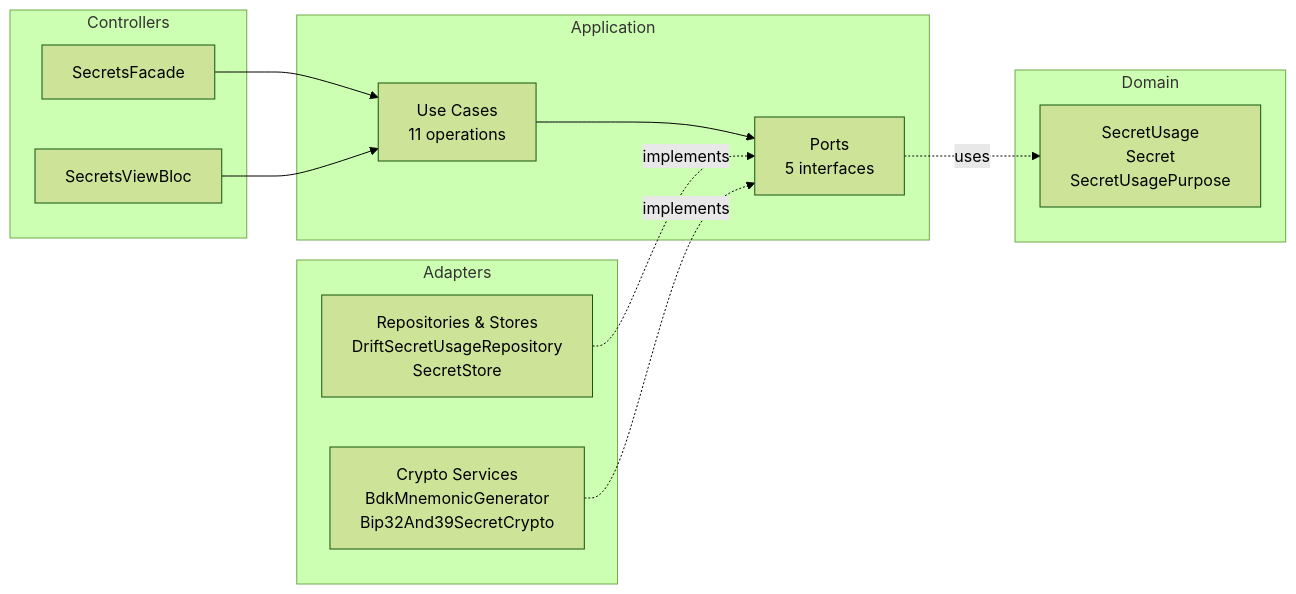
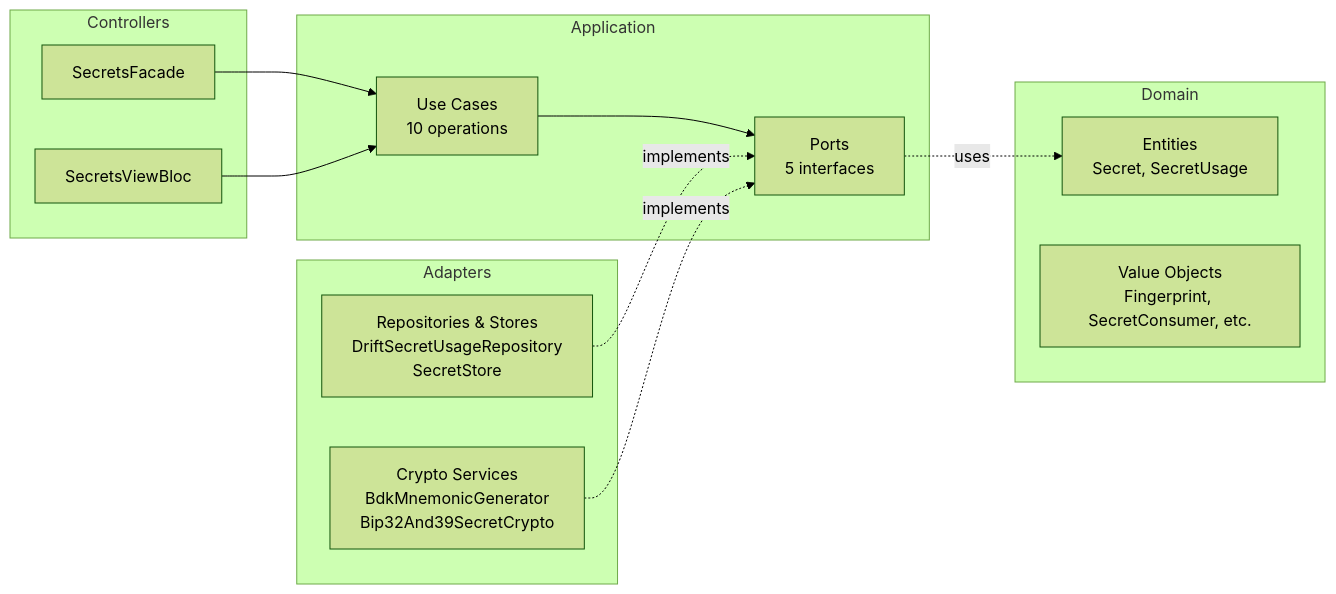
The second of 17 diagrams in lib/features/secrets/secrets_architecture.md (SatoshiPortal/bullbitcoin-mobile), drawn with Mermaid (forest theme) before and after one commit. The commit also changed other lines of this file and 16 other files, not shown here.

Commit message:
update architecture doc of secrets

````diff
--- a/lib/features/secrets/secrets_architecture.md
+++ b/lib/features/secrets/secrets_architecture.md
@@ -33,28 +33,29 @@
 ```mermaid
 graph LR
     subgraph Controllers
         PF[SecretsFacade]
         BLoC[SecretsViewBloc]
     end
 
     subgraph Application
-        UC[Use Cases<br/>11 operations]
+        UC[Use Cases<br/>10 operations]
         Ports[Ports<br/>5 interfaces]
     end
 
     subgraph Adapters
         Repos[Repositories & Stores<br/>DriftSecretUsageRepository<br/>SecretStore]
         Crypto[Crypto Services<br/>BdkMnemonicGenerator<br/>Bip32And39SecretCrypto]
     end
 
     subgraph Domain
-        Entities[SecretUsage<br/>Secret<br/>SecretUsagePurpose]
+        Entities[Entities<br/>Secret, SecretUsage]
+        VOs[Value Objects<br/>Fingerprint, SecretConsumer, etc.]
     end
 
     PF --> UC
     BLoC --> UC
     UC --> Ports
     Repos -.implements.-> Ports
     Crypto -.implements.-> Ports
     Ports -.uses.-> Entities
 ```
````
